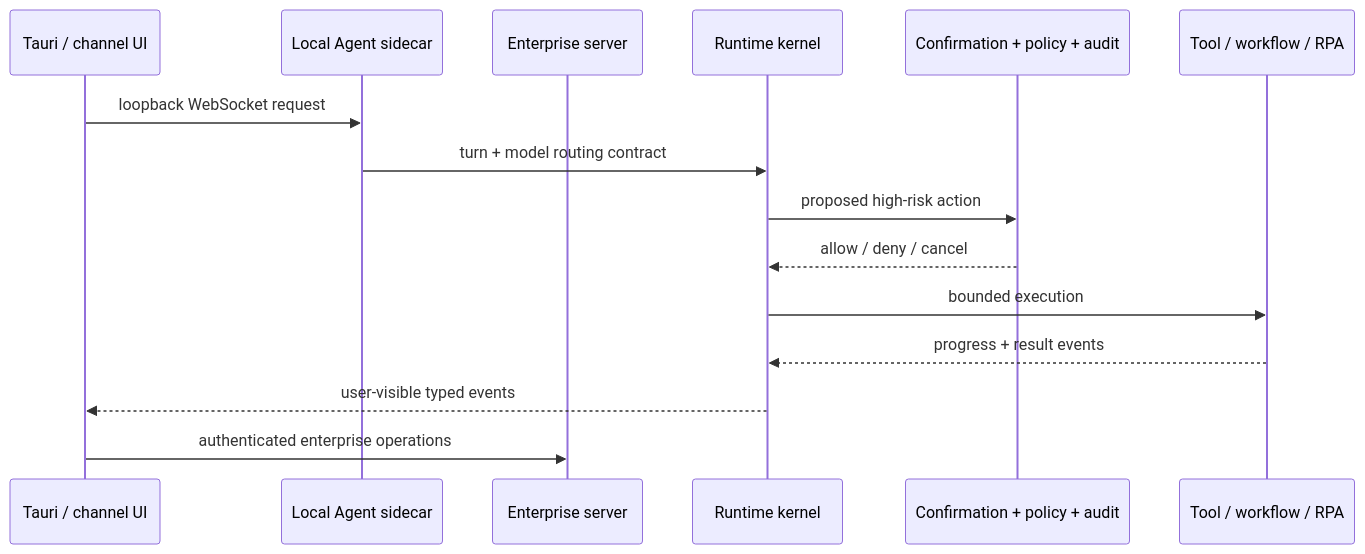
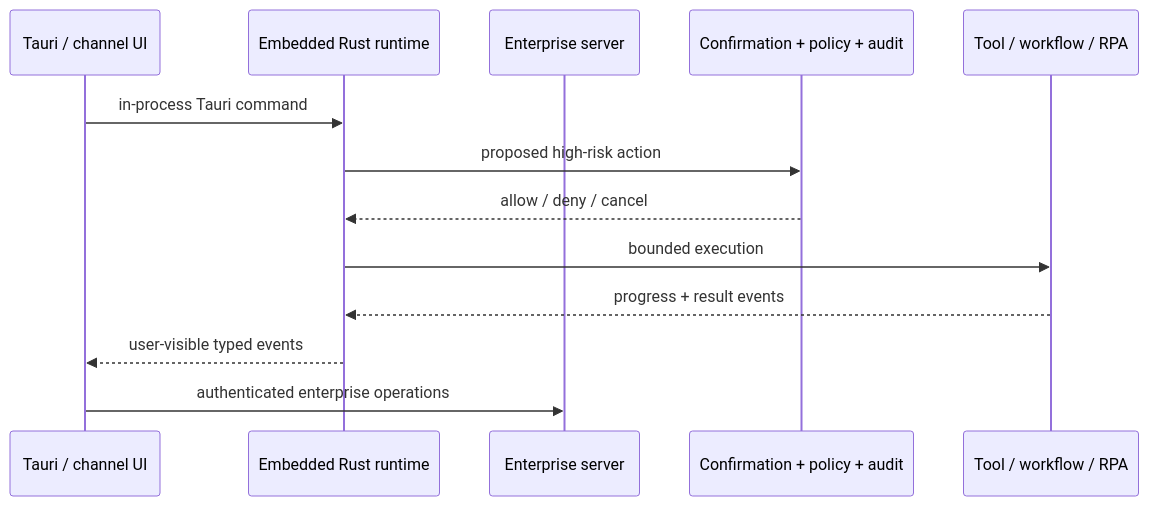
One commit to NSIETeam/ClawMaster changed the second of 4 diagrams in docs/code-map.md. Above: the diagram before and after it, drawn with Mermaid. The commit also changed other lines of this file and 41 other files, not shown here.

Commit message:
feat(runtime): replace packaged node sidecar with rust

````diff
--- a/docs/code-map.md
+++ b/docs/code-map.md
@@ -29,17 +29,15 @@
 ```mermaid
 sequenceDiagram
   participant UI as Tauri / channel UI
-  participant Sidecar as Local Agent sidecar
+  participant Native as Embedded Rust runtime
   participant Server as Enterprise server
-  participant Core as Runtime kernel
   participant Policy as Confirmation + policy + audit
   participant Tool as Tool / workflow / RPA
-  UI->>Sidecar: loopback WebSocket request
-  Sidecar->>Core: turn + model routing contract
-  Core->>Policy: proposed high-risk action
-  Policy-->>Core: allow / deny / cancel
-  Core->>Tool: bounded execution
-  Tool-->>Core: progress + result events
-  Core-->>UI: user-visible typed events
+  UI->>Native: in-process Tauri command
+  Native->>Policy: proposed high-risk action
+  Policy-->>Native: allow / deny / cancel
+  Native->>Tool: bounded execution
+  Tool-->>Native: progress + result events
+  Native-->>UI: user-visible typed events
   UI->>Server: authenticated enterprise operations
 ```
````
